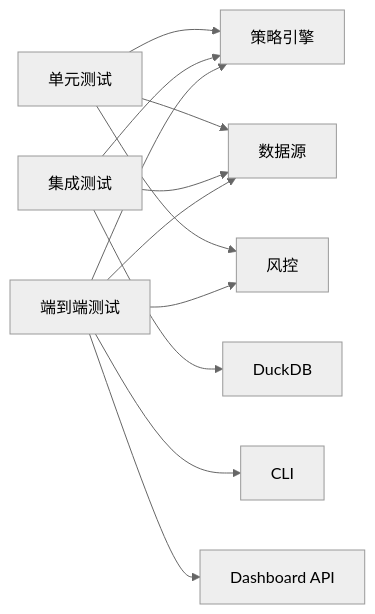
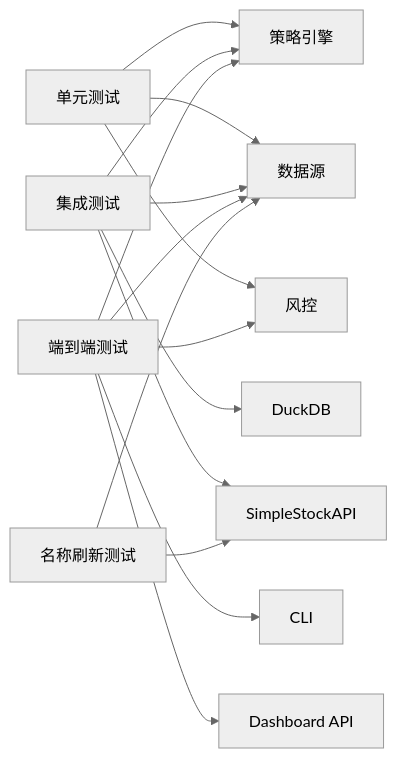
The third of 3 diagrams in .qoder/repowiki/zh/content/开发者指南/测试策略和实践.md (ldeng76/quant-ETF), drawn with Mermaid (neutral theme) before and after one commit. The commit also changed other lines of this file and 11 other files, not shown here.

````diff
--- a/.qoder/repowiki/zh/content/开发者指南/测试策略和实践.md
+++ b/.qoder/repowiki/zh/content/开发者指南/测试策略和实践.md
@@ -260,14 +316,17 @@
 ```mermaid
 graph LR
 UT["单元测试"] --> M1["策略引擎"]
 UT --> M2["数据源"]
 UT --> M3["风控"]
 IT["集成测试"] --> M1
 IT --> M2
 IT --> M4["DuckDB"]
+IT --> M5["SimpleStockAPI"]
 ET["端到端测试"] --> M1
 ET --> M2
 ET --> M3
-ET --> M5["CLI"]
-ET --> M6["Dashboard API"]
+ET --> M6["CLI"]
+ET --> M7["Dashboard API"]
+NR["名称刷新测试"] --> M2
+NR --> M5
 ```
````
